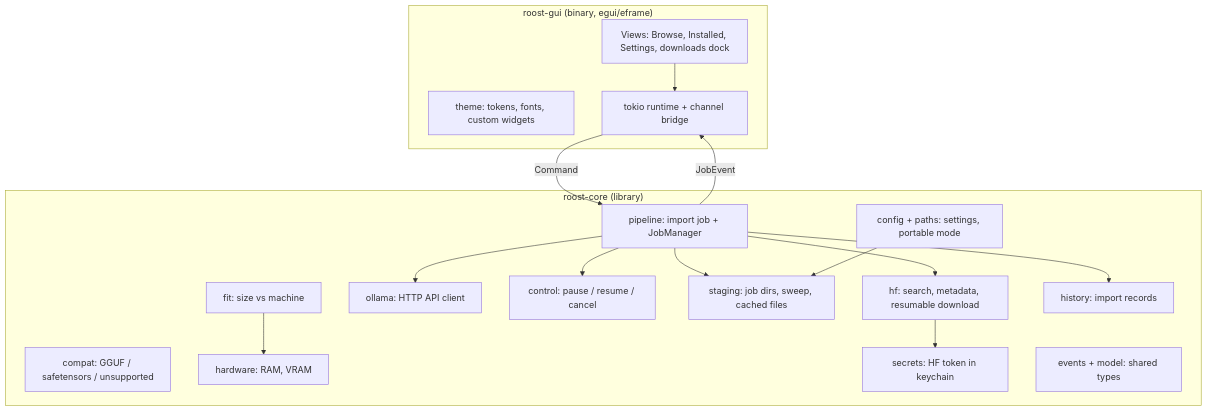
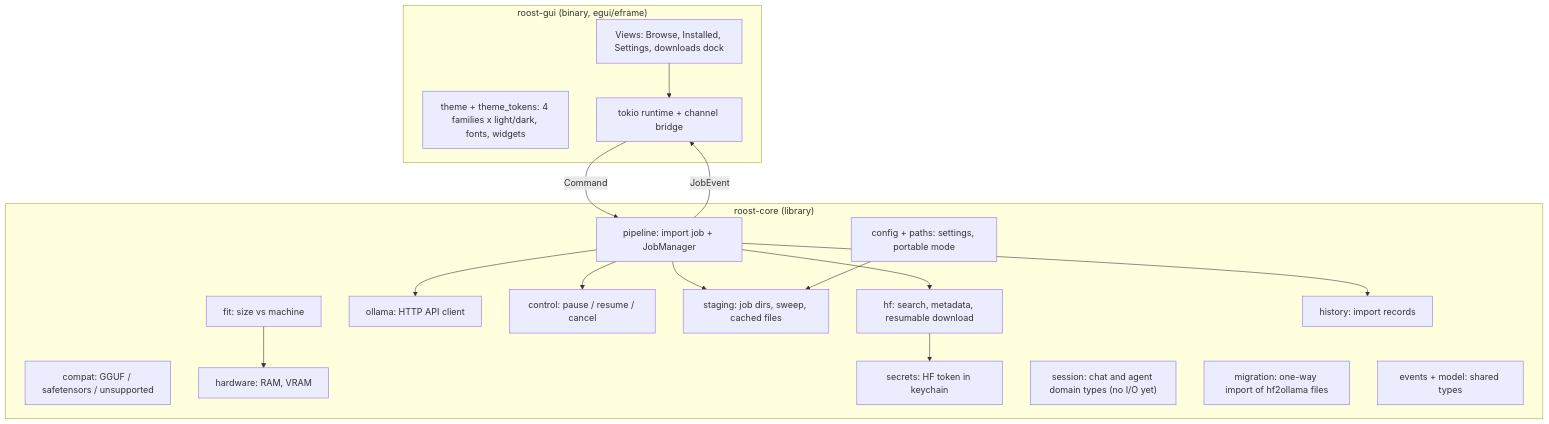
Before and after one commit to jdtobe/hf2ollama: the first of 3 diagrams in docs/ARCHITECTURE.md, drawn with Mermaid. The commit also changed other lines of this file and 7 other files, not shown here.

````diff
--- a/docs/ARCHITECTURE.md
+++ b/docs/ARCHITECTURE.md
@@ -11,33 +11,35 @@
 ```mermaid
 flowchart TB
     subgraph gui["roost-gui (binary, egui/eframe)"]
         views["Views: Browse, Installed, Settings, downloads dock"]
-        theme["theme: tokens, fonts, custom widgets"]
+        theme["theme + theme_tokens: 4 families x light/dark, fonts, widgets"]
         rt["tokio runtime + channel bridge"]
     end
     subgraph core["roost-core (library)"]
         hf["hf: search, metadata, resumable download"]
         ollama["ollama: HTTP API client"]
         pipeline["pipeline: import job + JobManager"]
         control["control: pause / resume / cancel"]
         staging["staging: job dirs, sweep, cached files"]
         compat["compat: GGUF / safetensors / unsupported"]
         fit["fit: size vs machine"]
         hardware["hardware: RAM, VRAM"]
         config["config + paths: settings, portable mode"]
         secrets["secrets: HF token in keychain"]
         history["history: import records"]
+        session["session: chat and agent domain types (no I/O yet)"]
+        migration["migration: one-way import of hf2ollama files"]
         events["events + model: shared types"]
     end
     views --> rt
     rt -- "Command" --> pipeline
     pipeline -- "JobEvent" --> rt
     pipeline --> hf
     pipeline --> ollama
     pipeline --> staging
     pipeline --> control
     pipeline --> history
     fit --> hardware
     hf --> secrets
     config --> staging
 ```
````
